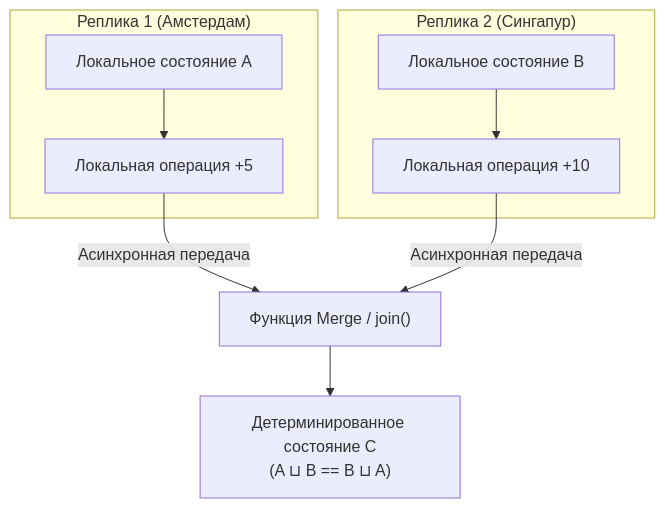
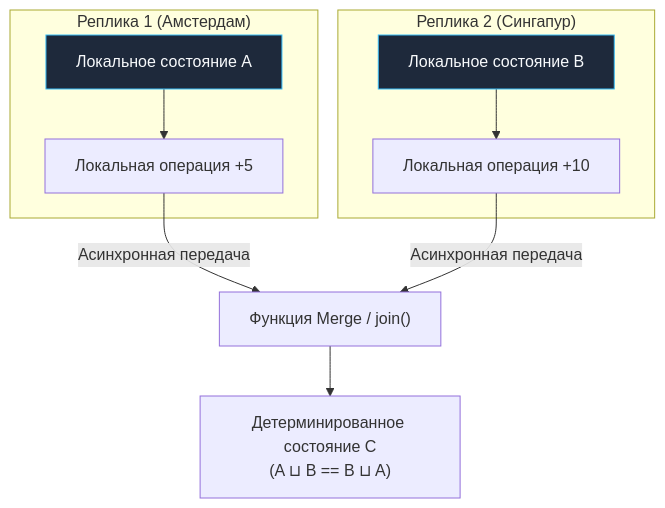
One commit to UnrealTemplier/go-textbook changed the diagram in sources/14. Распределенные системы на Go/03. Данные и согласованность/7. CRDT.md. Above: the diagram before and after it, drawn with Mermaid. The commit also changed 1666 other files, not shown here.

First line of the commit message:
feat(mermaid): add semantic color classDef to 1369 colorless flowchart/graph diagrams

````diff
--- a/sources/14. Распределенные системы на Go/03. Данные и согласованность/7. CRDT.md
+++ b/sources/14. Распределенные системы на Go/03. Данные и согласованность/7. CRDT.md
@@ -31,15 +31,25 @@
 ```mermaid
 flowchart TD
+    classDef process  fill:#1e293b,stroke:#38bdf8,stroke-width:1px,color:#f8fafc
+    classDef success  fill:#064e3b,stroke:#34d399,stroke-width:1px,color:#f8fafc
+    classDef error    fill:#7f1d1d,stroke:#f87171,stroke-width:1px,color:#f8fafc
+    classDef warning  fill:#78350f,stroke:#fbbf24,stroke-width:1px,color:#f8fafc
+    classDef entry    fill:#1e3a5f,stroke:#38bdf8,stroke-width:2px,color:#f8fafc
+    classDef aux      fill:#334155,stroke:#64748b,stroke-width:1px,color:#f8fafc
+    classDef system   fill:#312e81,stroke:#a78bfa,stroke-width:1px,color:#f8fafc
+    classDef data     fill:#132d29,stroke:#2dd4bf,stroke-width:1px,color:#f8fafc
+    classDef network  fill:#881337,stroke:#fb7185,stroke-width:1px,color:#f8fafc
+    classDef accent   fill:#1e1b4b,stroke:#818cf8,stroke-width:1px,color:#f8fafc
     subgraph Replica1 ["Реплика 1 (Амстердам)"]
-        R1_State["Локальное состояние A"] --> R1_Op["Локальная операция +5"]
+        R1_State["Локальное состояние A"]:::process --> R1_Op["Локальная операция +5"]
     end
     
     subgraph Replica2 ["Реплика 2 (Сингапур)"]
-        R2_State["Локальное состояние B"] --> R2_Op["Локальная операция +10"]
+        R2_State["Локальное состояние B"]:::process --> R2_Op["Локальная операция +10"]
     end
     
     R1_Op -->|"Асинхронная передача"| MergeEngine["Функция Merge / join()"]
     R2_Op -->|"Асинхронная передача"| MergeEngine
     
     MergeEngine --> FinalState["Детерминированное состояние C<br/>(A ⊔ B == B ⊔ A)"]
 ```
````
